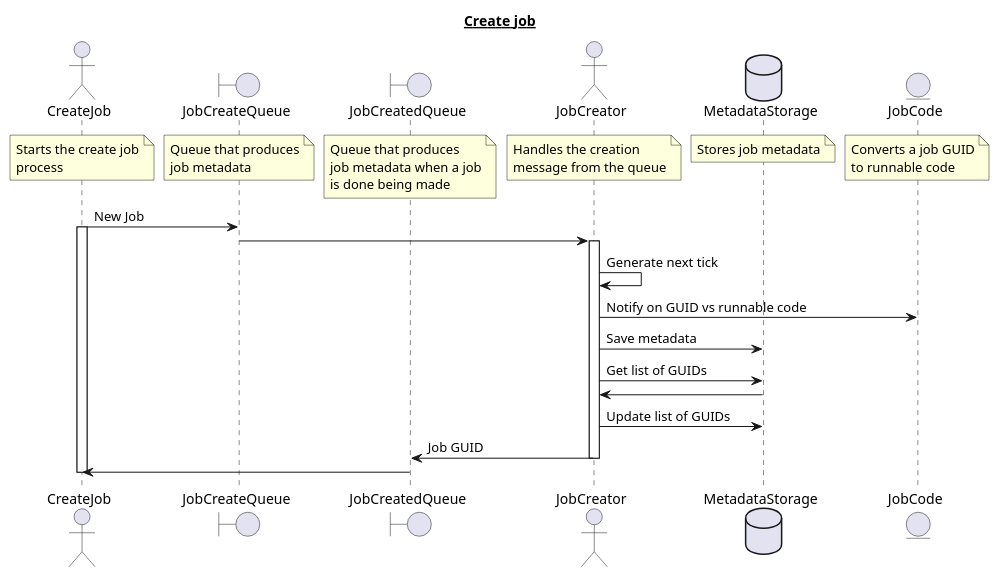
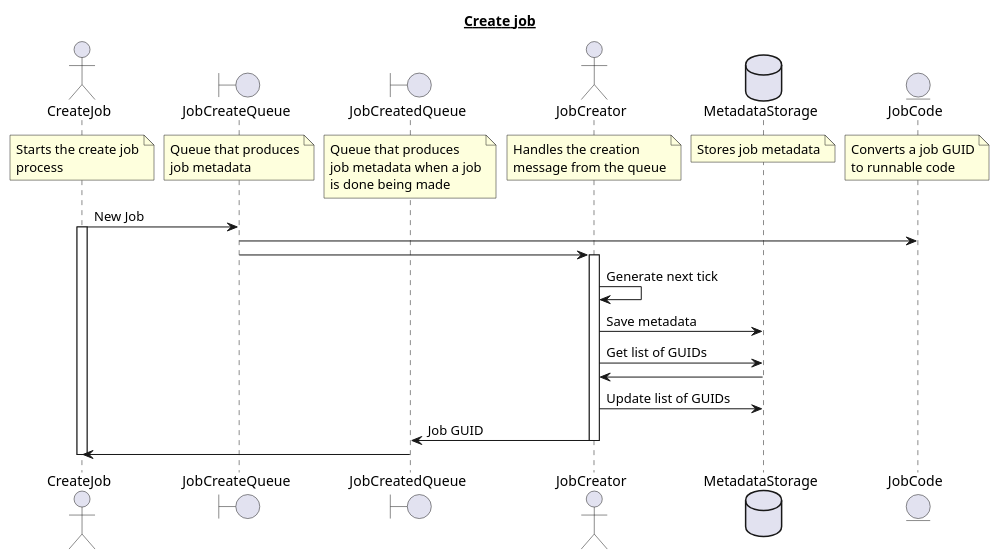
One commit to mvniekerk/tokio-cron-scheduler changed the second of 5 diagrams in design.adoc. Above: the diagram before and after it, drawn with PlantUML. The commit also changed other lines of this file and 5 other files, not shown here.

Commit message:
Simple to code for job code

```diff
--- a/design.adoc
+++ b/design.adoc
@@ -101,56 +101,56 @@
 [plantuml, job_creation_puml, svg]
 ....
 title __Create job__
 actor       CreateJob as createJob
 boundary    JobCreateQueue as notify
 boundary    JobCreatedQueue as done
 actor       JobCreator  as jobCreator
 database    MetadataStorage  as storage
 entity      JobCode as runStorage
 
 note over createJob
 Starts the create job
 process
 end note
 
 / note over notify
 Queue that produces
 job metadata
 end note
 
 / note over jobCreator
 Handles the creation
 message from the queue
 end note
 
 / note over storage
 Stores job metadata
 end note
 
 / note over runStorage
     Converts a job GUID
     to runnable code
 end note
 
 / note over done
     Queue that produces
     job metadata when a job
     is done being made
 end note
 
 createJob -> notify : New Job
 activate createJob
+notify -> runStorage
 notify -> jobCreator
 activate jobCreator
 jobCreator -> jobCreator    : Generate next tick
-jobCreator -> runStorage    : Notify on GUID vs runnable code
 jobCreator -> storage       : Save metadata
 jobCreator -> storage       : Get list of GUIDs
 storage -> jobCreator
 jobCreator -> storage       : Update list of GUIDs
 jobCreator -> done          : Job GUID
 deactivate jobCreator
 done -> createJob
 deactivate createJob
 
 ....
```
